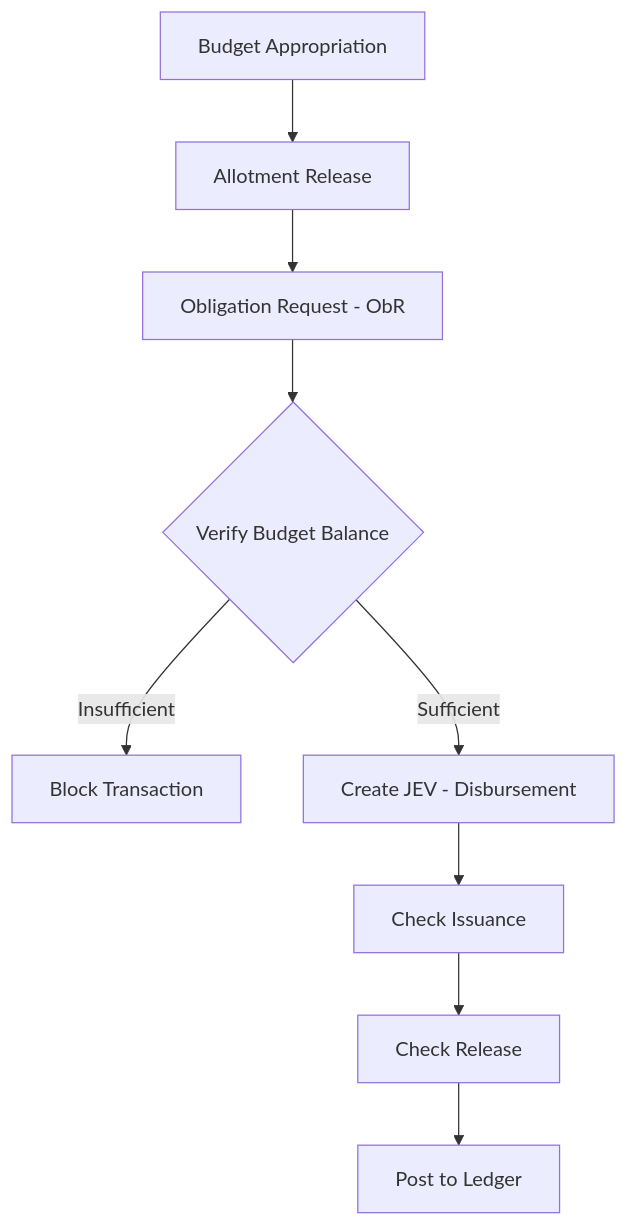
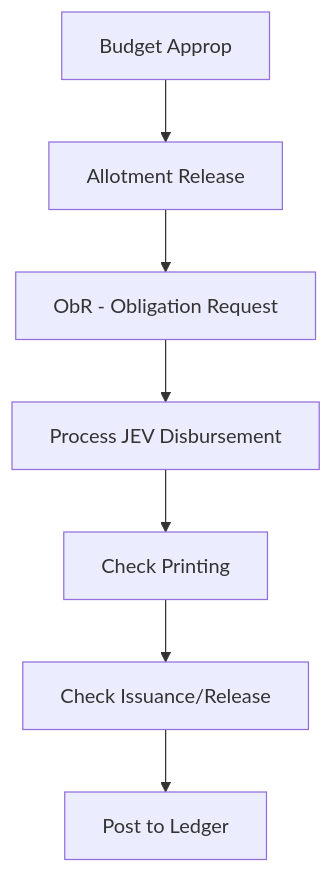
One commit to JanreyCristuta/OmniGov changed the first of 2 diagrams in FEATURE_DOCUMENTATION.md. Above: the diagram before and after it, drawn with Mermaid. The commit also changed other lines of this file, not shown here.

````diff
--- a/FEATURE_DOCUMENTATION.md
+++ b/FEATURE_DOCUMENTATION.md
@@ -58,11 +110,9 @@
 ```mermaid
 graph TD
-    A[Budget Appropriation] --> B[Allotment Release]
-    B --> C[Obligation Request - ObR]
-    C --> D{Verify Budget Balance}
-    D -- Insufficient --> E[Block Transaction]
-    D -- Sufficient --> F[Create JEV - Disbursement]
-    F --> G[Check Issuance]
-    G --> H[Check Release]
-    H --> I[Post to Ledger]
+    A[Budget Approp] --> B[Allotment Release]
+    B --> C[ObR - Obligation Request]
+    C --> D[Process JEV Disbursement]
+    D --> E[Check Printing]
+    E --> F[Check Issuance/Release]
+    F --> G[Post to Ledger]
 ```
````
